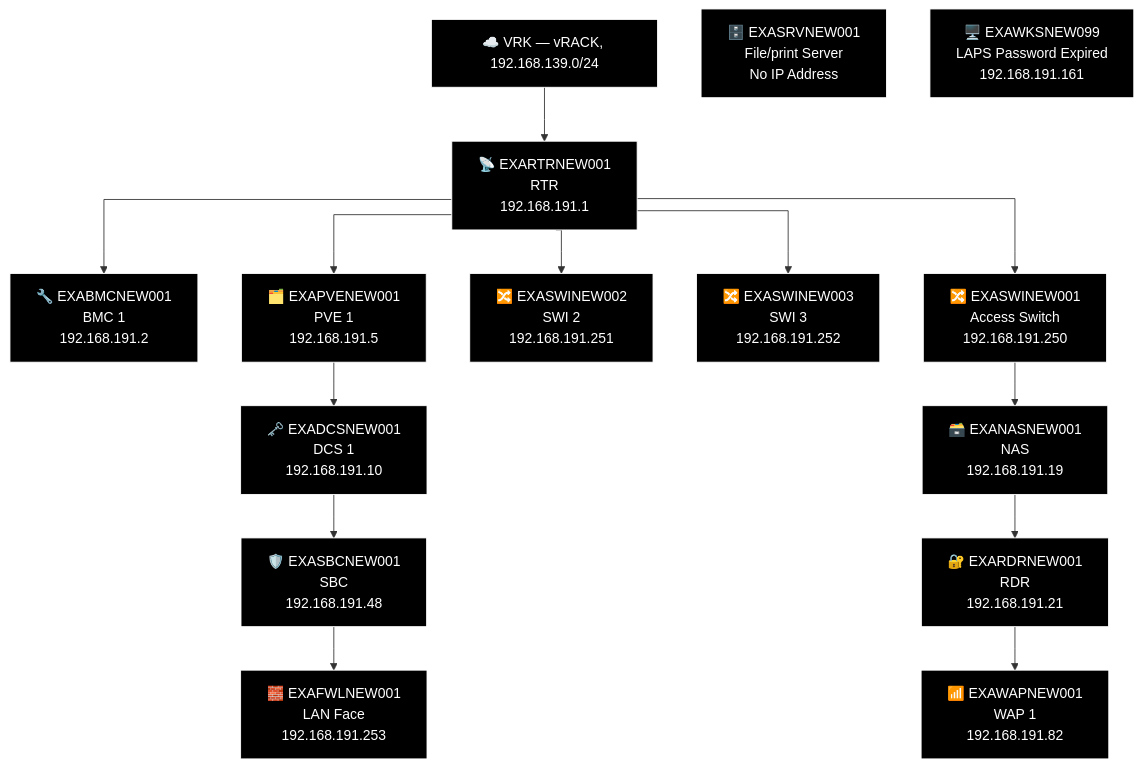
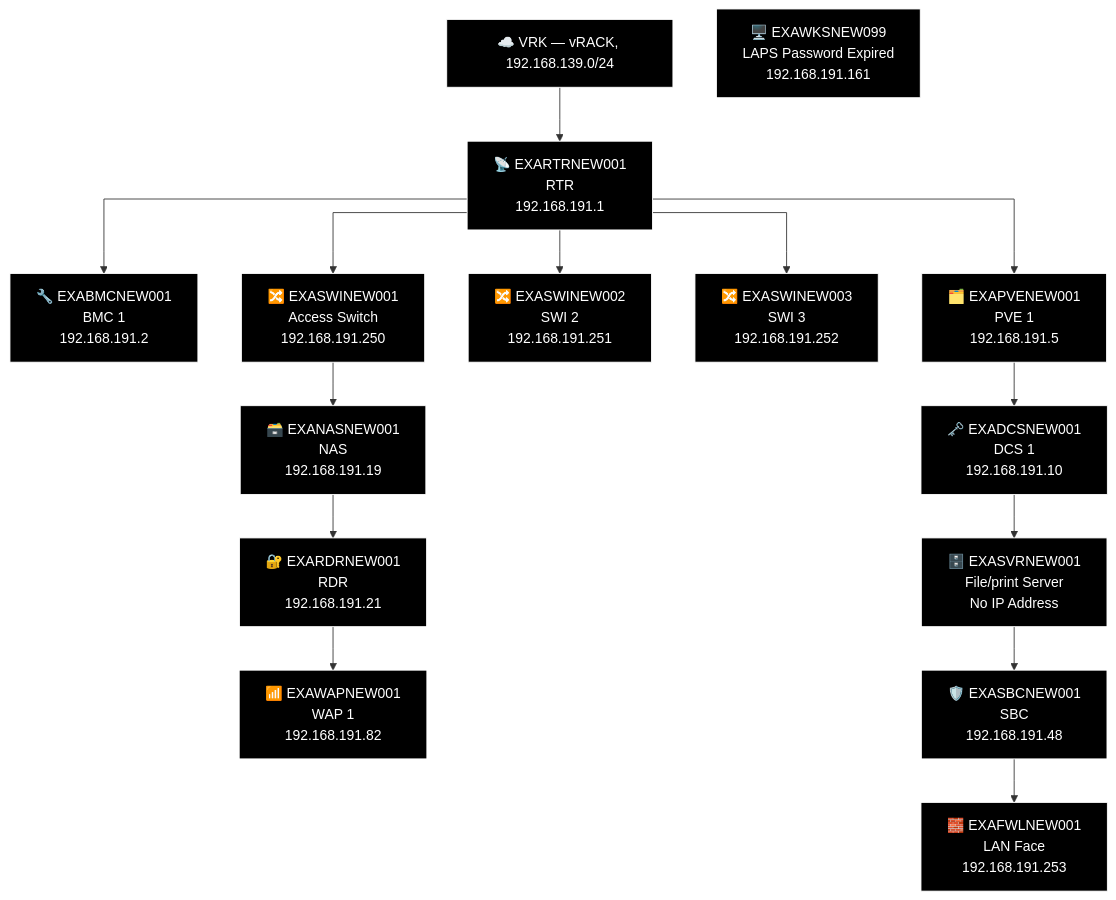
Diagram 15 of 27 in docs/network-diagram/england.md (knightmare2600/example_music_infra), drawn with Mermaid before and after one commit. The commit also changed other lines of this file and 44 other files, not shown here.

````diff
--- a/docs/network-diagram/england.md
+++ b/docs/network-diagram/england.md
@@ -744,44 +744,44 @@
 ```mermaid
 %% GENERATED:TOPOLOGY:NEW:START
 %%{init: {'flowchart': {'curve': 'stepAfter'}}}%%
 graph TD
     T_VRK["☁️ VRK — vRACK, 192.168.139.0/24"]
     T_RTR["📡 EXARTRNEW001<br/>RTR<br/>192.168.191.1"]
     T_VRK --> T_RTR
     T_BMC["🔧 EXABMCNEW001<br/>BMC 1<br/>192.168.191.2"]
     T_RTR --> T_BMC
     T_PVE["🗂️ EXAPVENEW001<br/>PVE 1<br/>192.168.191.5"]
     T_RTR --> T_PVE
     T_SWI["🔀 EXASWINEW002<br/>SWI 2<br/>192.168.191.251"]
     T_RTR --> T_SWI
     T_SWI2["🔀 EXASWINEW003<br/>SWI 3<br/>192.168.191.252"]
     T_RTR --> T_SWI2
     T_SWI3["🔀 EXASWINEW001<br/>Access Switch<br/>192.168.191.250"]
     T_RTR --> T_SWI3
     T_NAS["🗃️ EXANASNEW001<br/>NAS<br/>192.168.191.19"]
     T_RDR["🔐 EXARDRNEW001<br/>RDR<br/>192.168.191.21"]
     T_WAP["📶 EXAWAPNEW001<br/>WAP 1<br/>192.168.191.82"]
     T_SWI3 --> T_NAS --> T_RDR --> T_WAP
     T_DCS["🗝️ EXADCSNEW001<br/>DCS 1<br/>192.168.191.10"]
+    T_SVR["🗄️ EXASVRNEW001<br/>File/print Server<br/>No IP Address"]
     T_SBC["🛡️ EXASBCNEW001<br/>SBC<br/>192.168.191.48"]
     T_FWL["🧱 EXAFWLNEW001<br/>LAN Face<br/>192.168.191.253"]
-    T_PVE --> T_DCS --> T_SBC --> T_FWL
-    T_SRV["🗄️ EXASRVNEW001<br/>File/print Server<br/>No IP Address"]
+    T_PVE --> T_DCS --> T_SVR --> T_SBC --> T_FWL
     T_WKS["🖥️ EXAWKSNEW099<br/>LAPS Password Expired<br/>192.168.191.161"]
     style T_VRK fill:#000000,stroke:#FFFFFF,color:#FFFFFF
     style T_RTR fill:#000000,stroke:#FFFFFF,color:#FFFFFF
     style T_BMC fill:#000000,stroke:#FFFFFF,color:#FFFFFF
     style T_PVE fill:#000000,stroke:#FFFFFF,color:#FFFFFF
     style T_SWI fill:#000000,stroke:#FFFFFF,color:#FFFFFF
     style T_SWI2 fill:#000000,stroke:#FFFFFF,color:#FFFFFF
     style T_SWI3 fill:#000000,stroke:#FFFFFF,color:#FFFFFF
     style T_NAS fill:#000000,stroke:#FFFFFF,color:#FFFFFF
     style T_RDR fill:#000000,stroke:#FFFFFF,color:#FFFFFF
     style T_WAP fill:#000000,stroke:#FFFFFF,color:#FFFFFF
     style T_DCS fill:#000000,stroke:#FFFFFF,color:#FFFFFF
+    style T_SVR fill:#000000,stroke:#FFFFFF,color:#FFFFFF
     style T_SBC fill:#000000,stroke:#FFFFFF,color:#FFFFFF
     style T_FWL fill:#000000,stroke:#FFFFFF,color:#FFFFFF
-    style T_SRV fill:#000000,stroke:#FFFFFF,color:#FFFFFF
     style T_WKS fill:#000000,stroke:#FFFFFF,color:#FFFFFF
 %% GENERATED:TOPOLOGY:NEW:END
 ```
````
